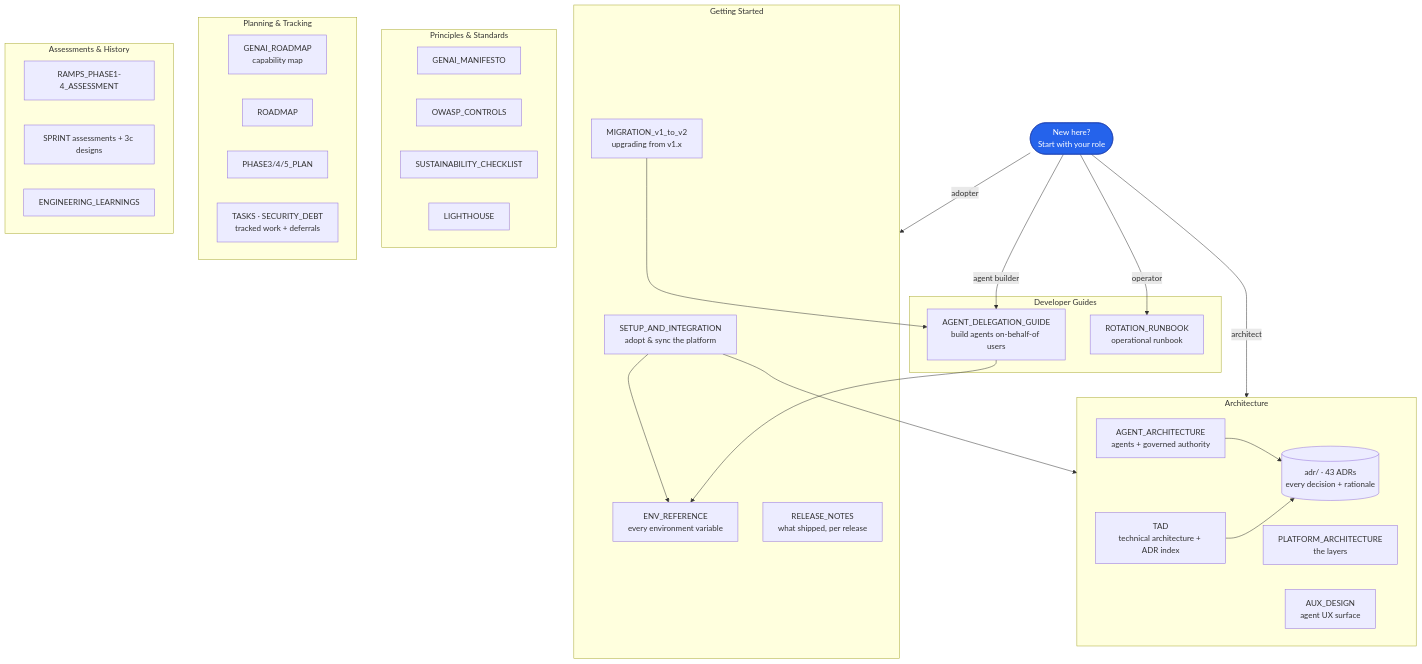
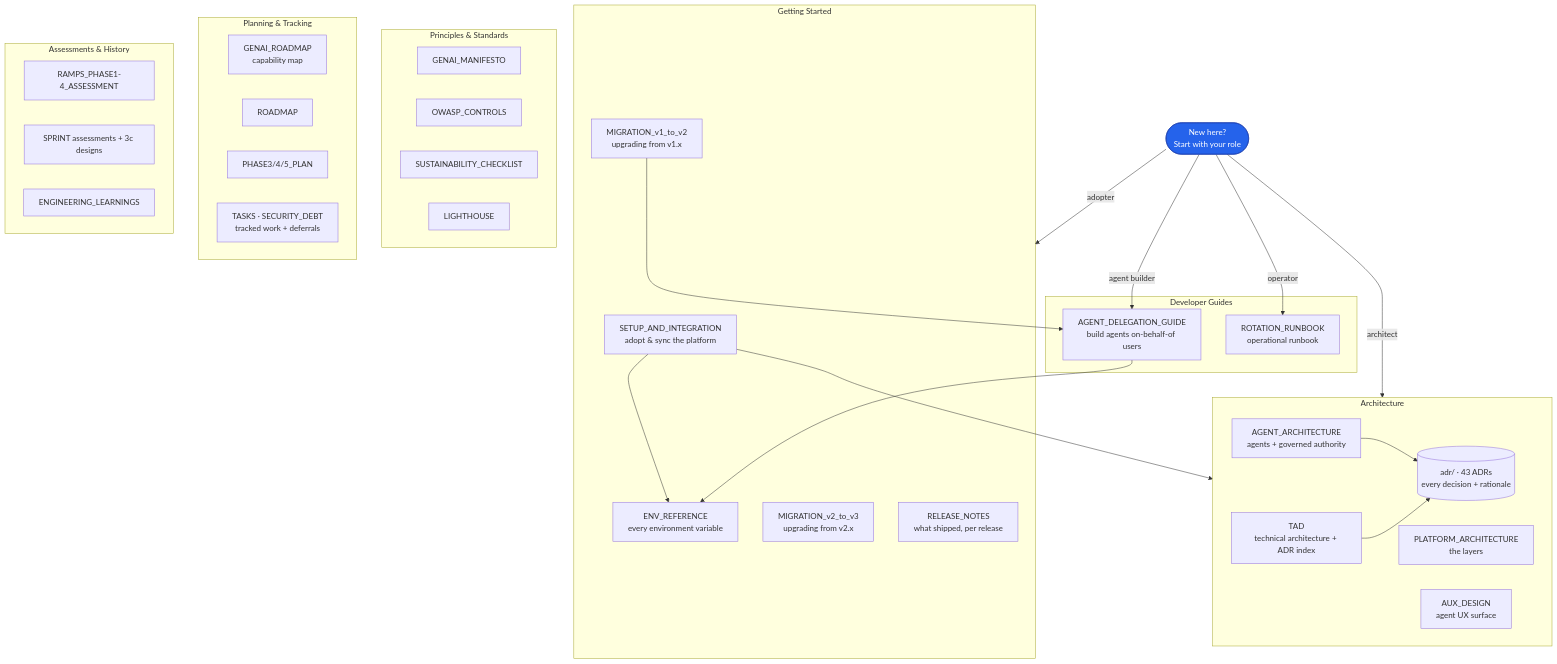
One commit to Datankare/platform-foundation changed the diagram in docs/README.md. Above: the diagram before and after it, drawn with Mermaid. The commit also changed other lines of this file and 11 other files, not shown here.

````diff
--- a/docs/README.md
+++ b/docs/README.md
@@ -23,59 +23,60 @@
 ```mermaid
 graph TD
     START([New here?<br/>Start with your role])
 
     subgraph GS["Getting Started"]
         SETUP[SETUP_AND_INTEGRATION<br/>adopt & sync the platform]
         ENV[ENV_REFERENCE<br/>every environment variable]
         MIG[MIGRATION_v1_to_v2<br/>upgrading from v1.x]
+        MIG3[MIGRATION_v2_to_v3<br/>upgrading from v2.x]
         REL[RELEASE_NOTES<br/>what shipped, per release]
     end
 
     subgraph ARCH["Architecture"]
         TAD[TAD<br/>technical architecture + ADR index]
         PLAT[PLATFORM_ARCHITECTURE<br/>the layers]
         AGENT[AGENT_ARCHITECTURE<br/>agents + governed authority]
         AUX[AUX_DESIGN<br/>agent UX surface]
         ADR[(adr/ · 43 ADRs<br/>every decision + rationale)]
     end
 
     subgraph GUIDES["Developer Guides"]
         DELEG[AGENT_DELEGATION_GUIDE<br/>build agents on-behalf-of users]
         ROT[ROTATION_RUNBOOK<br/>operational runbook]
     end
 
     subgraph PRINCIPLES["Principles & Standards"]
         MAN[GENAI_MANIFESTO]
         OWASP[OWASP_CONTROLS]
         SUS[SUSTAINABILITY_CHECKLIST]
         LIGHT[LIGHTHOUSE]
     end
 
     subgraph PLANNING["Planning & Tracking"]
         ROAD[GENAI_ROADMAP<br/>capability map]
         ROADMAP[ROADMAP]
         PHASE[PHASE3/4/5_PLAN]
         TASKS[TASKS · SECURITY_DEBT<br/>tracked work + deferrals]
     end
 
     subgraph HISTORY["Assessments & History"]
         RAMPS[RAMPS_PHASE1-4_ASSESSMENT]
         SPRINT[SPRINT assessments + 3c designs]
         LEARN[ENGINEERING_LEARNINGS]
     end
 
     START -->|adopter| GS
     START -->|architect| ARCH
     START -->|agent builder| DELEG
     START -->|operator| ROT
 
     SETUP --> ENV
     SETUP --> ARCH
     DELEG --> ENV
     AGENT --> ADR
     TAD --> ADR
     MIG --> DELEG
 
     classDef start fill:#2563eb,stroke:#1e40af,color:#fff
     class START start
 ```
````
